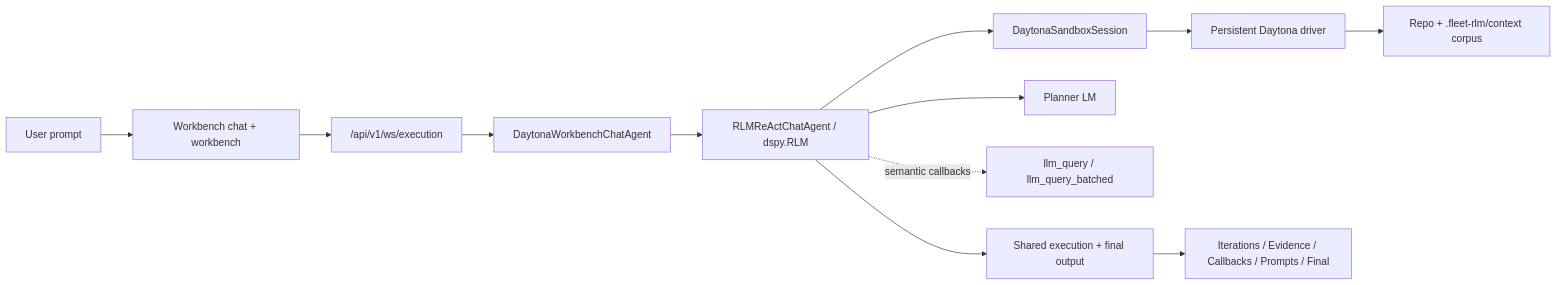
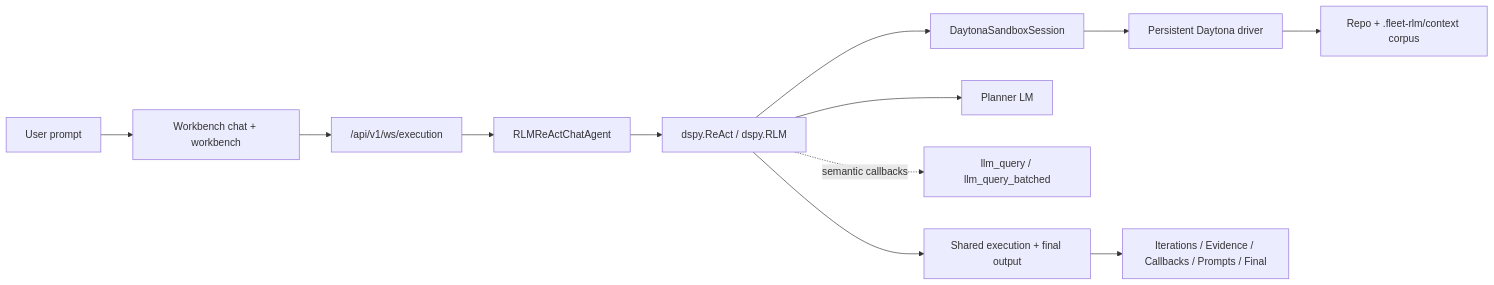
Before and after one commit to Qredence/fleet-rlm: the second of 6 diagrams in docs/architecture.md, drawn with Mermaid. The commit also changed other lines of this file and 103 other files, not shown here.

````diff
--- a/docs/architecture.md
+++ b/docs/architecture.md
@@ -270,14 +266,14 @@
 ```mermaid
 flowchart LR
     User["User prompt"] --> Workspace["Workbench chat + workbench"]
     Workspace --> WS["/api/v1/ws/execution"]
-    WS --> Agent["DaytonaWorkbenchChatAgent"]
-    Agent --> Shared["RLMReActChatAgent / dspy.RLM"]
+    WS --> Agent["RLMReActChatAgent"]
+    Agent --> Shared["dspy.ReAct / dspy.RLM"]
     Shared --> Session["DaytonaSandboxSession"]
     Shared --> Planner["Planner LM"]
     Shared -. semantic callbacks .-> Delegate["llm_query / llm_query_batched"]
     Session --> Driver["Persistent Daytona driver"]
     Driver --> Corpus["Repo + .fleet-rlm/context corpus"]
     Shared --> Result["Shared execution + final output"]
     Result --> Tabs["Iterations / Evidence / Callbacks / Prompts / Final"]
 ```
````
